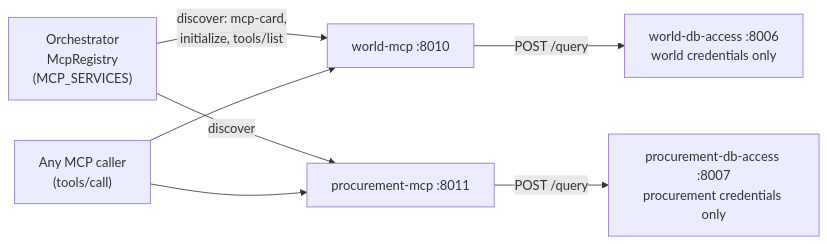
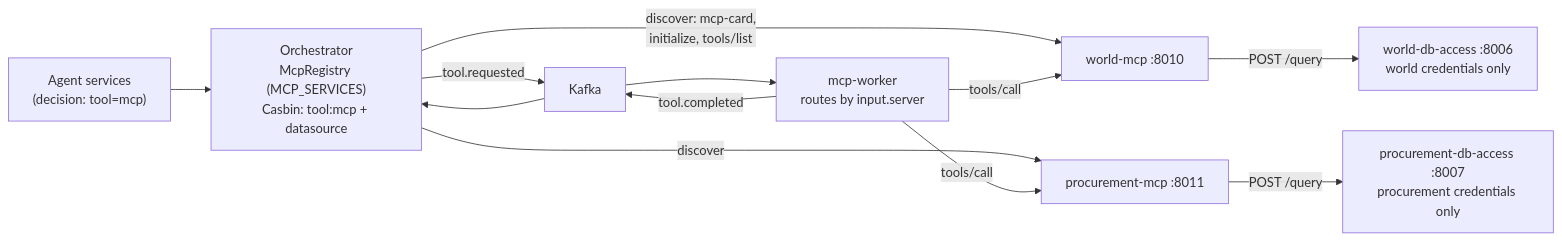
The diagram in docs/mcp-services.md (varanyu-v/ai-agent-gateway), drawn with Mermaid before and after one commit. The commit also changed other lines of this file and 11 other files, not shown here.

````diff
--- a/docs/mcp-services.md
+++ b/docs/mcp-services.md
@@ -25,9 +25,13 @@
 ```mermaid
 flowchart LR
-    orchestrator["Orchestrator<br/>McpRegistry<br/>(MCP_SERVICES)"] -->|"discover: mcp-card,<br/>initialize, tools/list"| worldmcp["world-mcp :8010"]
+    agents["Agent services<br/>(decision: tool=mcp)"] --> orchestrator["Orchestrator<br/>McpRegistry (MCP_SERVICES)<br/>Casbin: tool:mcp + datasource"]
+    orchestrator -->|"discover: mcp-card,<br/>initialize, tools/list"| worldmcp["world-mcp :8010"]
     orchestrator -->|"discover"| procmcp["procurement-mcp :8011"]
-    client["Any MCP caller<br/>(tools/call)"] --> worldmcp
-    client --> procmcp
+    orchestrator -->|"tool.requested"| kafka["Kafka"]
+    kafka --> worker["mcp-worker<br/>routes by input.server"]
+    worker -->|"tools/call"| worldmcp
+    worker -->|"tools/call"| procmcp
+    worker -->|"tool.completed"| kafka --> orchestrator
     worldmcp -->|"POST /query"| worldplane["world-db-access :8006<br/>world credentials only"]
     procmcp -->|"POST /query"| procplane["procurement-db-access :8007<br/>procurement credentials only"]
 ```
````
